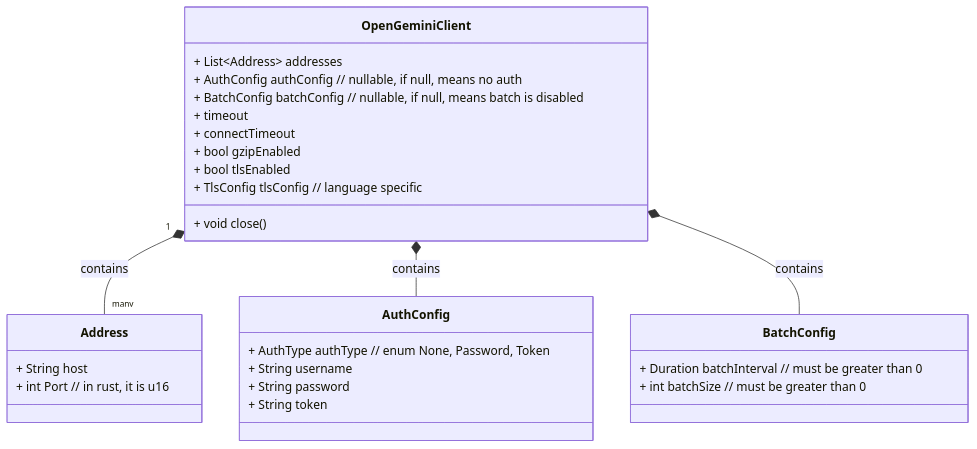
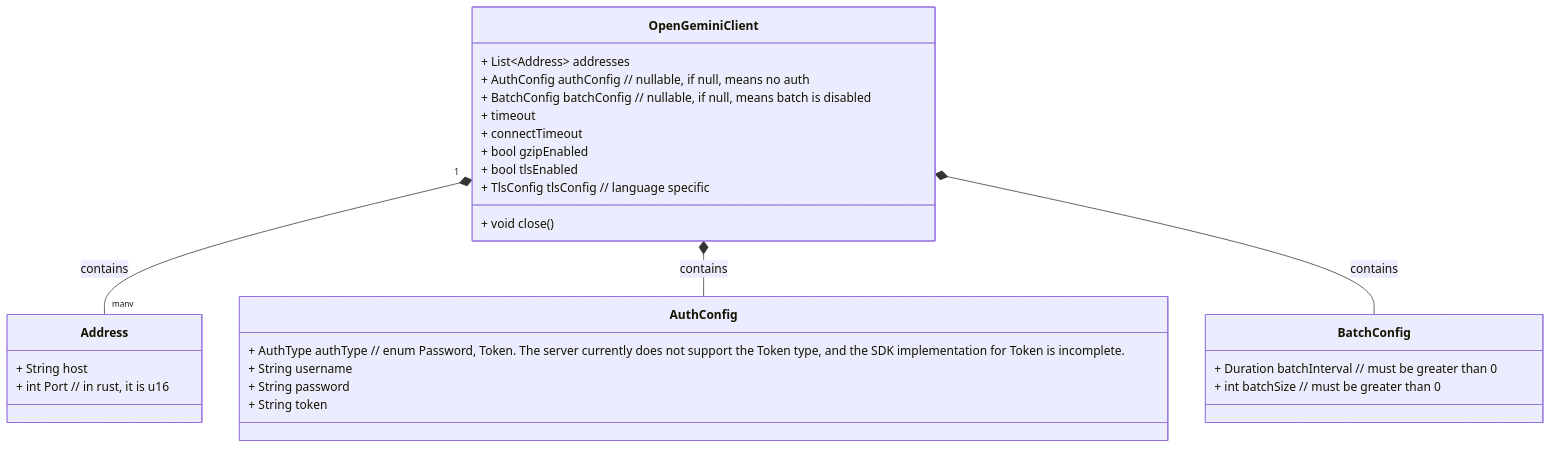
Before and after one commit to openGemini/openGemini.github.io: the first of 8 diagrams in src/zh/guide/develop/client_design.md, drawn with Mermaid. The commit also changed 1 other file, not shown here.

Commit message:
fix: correct the description of AuthType

````diff
--- a/src/zh/guide/develop/client_design.md
+++ b/src/zh/guide/develop/client_design.md
@@ -22,35 +22,35 @@
 ```mermaid
 classDiagram
     class OpenGeminiClient {
         + List~Address~ addresses
         + AuthConfig authConfig // nullable, if null, means no auth
         + BatchConfig batchConfig // nullable, if null, means batch is disabled
         + timeout
         + connectTimeout
         + bool gzipEnabled
         + bool tlsEnabled
         + TlsConfig tlsConfig // language specific
         + void close()
     }
 
     class Address {
         + String host
         + int Port // in rust, it is u16
     }
 
     class AuthConfig {
-        + AuthType authType // enum None, Password, Token
+        + AuthType authType // enum Password, Token. The server currently does not support the Token type, and the SDK implementation for Token is incomplete.
         + String username
         + String password
         + String token
     }
 
     class BatchConfig {
         + Duration batchInterval // must be greater than 0
         + int batchSize // must be greater than 0
     }
 
     OpenGeminiClient "1" *-- "many" Address: contains
     OpenGeminiClient *-- AuthConfig: contains
     OpenGeminiClient *-- BatchConfig: contains
 ```
````
